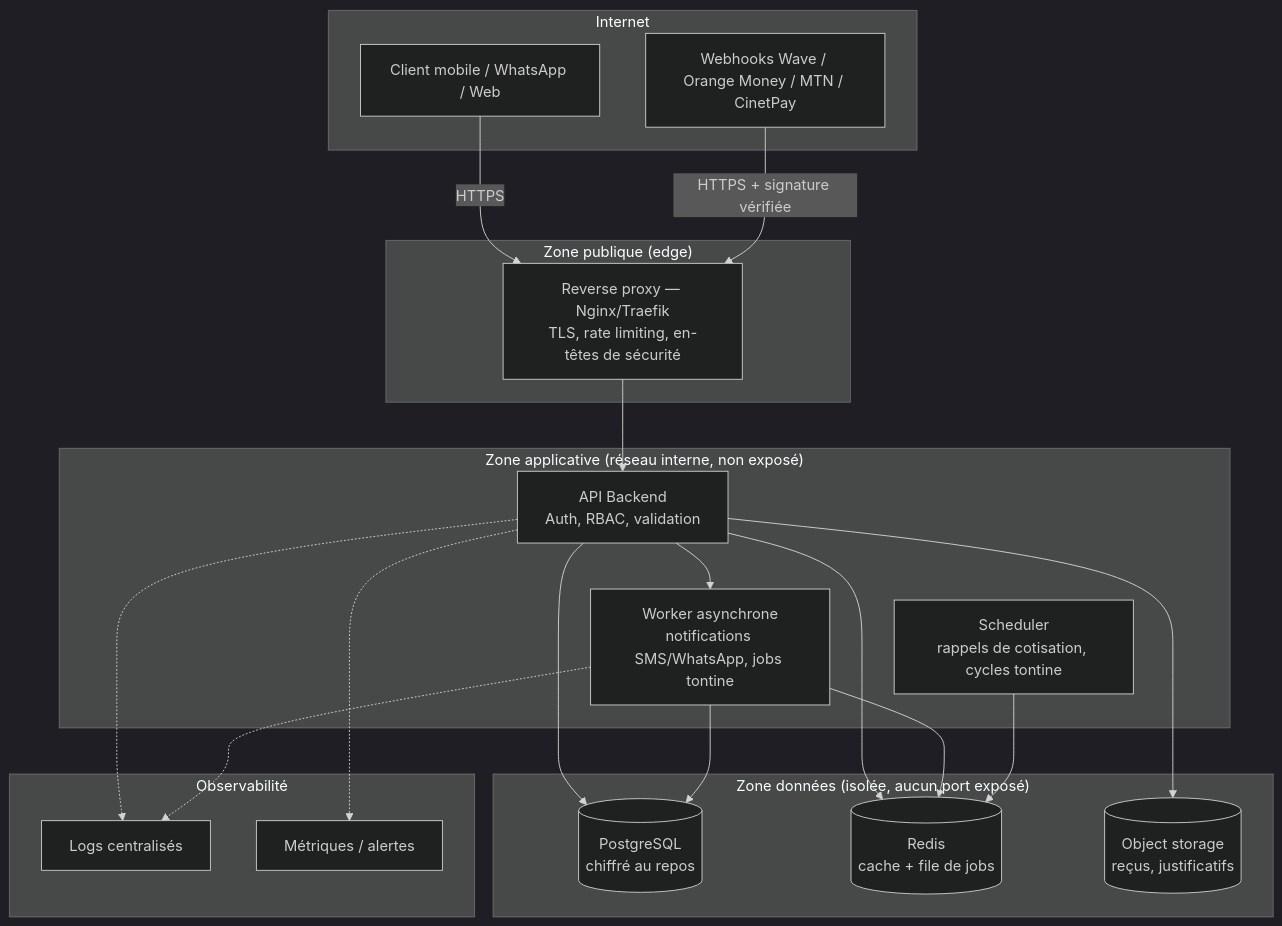
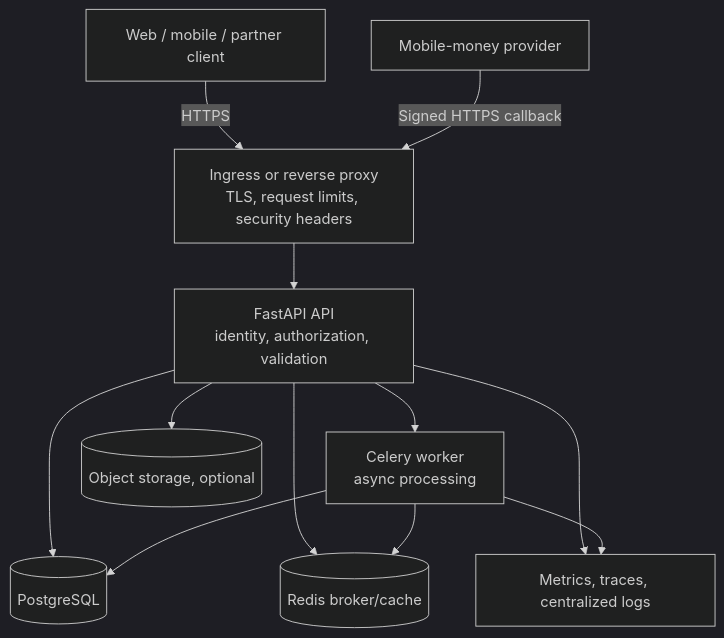
One commit to giss1408/djassa changed the diagram in Architecture/ARCHITECtURE.md. Above: the diagram before and after it, drawn with Mermaid (dark theme). The commit also changed other lines of this file and 50 other files, not shown here.

````diff
--- a/Architecture/ARCHITECtURE.md
+++ b/Architecture/ARCHITECtURE.md
@@ -9,42 +24,24 @@
 ```mermaid
 flowchart TB
-    subgraph Internet
-        Client[Client mobile / WhatsApp / Web]
-        MobileMoney[Webhooks Wave / Orange Money / MTN / CinetPay]
-    end
+    Client[Web / mobile / partner client]
+    Provider[Mobile-money provider]
+    Edge[Ingress or reverse proxy\nTLS, request limits, security headers]
+    API[FastAPI API\nidentity, authorization, validation]
+    Worker[Celery worker\nasync processing]
+    DB[(PostgreSQL)]
+    Redis[(Redis broker/cache)]
+    Storage[(Object storage, optional)]
+    Obs[Metrics, traces, centralized logs]
 
-    subgraph edge["Zone publique (edge)"]
-        Proxy[Reverse proxy — Nginx/Traefik<br/>TLS, rate limiting, en-têtes de sécurité]
-    end
-
-    subgraph app["Zone applicative (réseau interne, non exposé)"]
-        API[API Backend<br/>Auth, RBAC, validation]
-        Worker[Worker asynchrone<br/>notifications SMS/WhatsApp, jobs tontine]
-        Scheduler[Scheduler<br/>rappels de cotisation, cycles tontine]
-    end
-
-    subgraph data["Zone données (isolée, aucun port exposé)"]
-        DB[(PostgreSQL<br/>chiffré au repos)]
-        Cache[(Redis<br/>cache + file de jobs)]
-        Storage[(Object storage<br/>reçus, justificatifs)]
-    end
-
-    subgraph obs["Observabilité"]
-        Logs[Logs centralisés]
-        Metrics[Métriques / alertes]
-    end
-
-    Client -->|HTTPS| Proxy
-    MobileMoney -->|HTTPS + signature vérifiée| Proxy
-    Proxy --> API
+    Client -->|HTTPS| Edge
+    Provider -->|Signed HTTPS callback| Edge
+    Edge --> API
     API --> DB
-    API --> Cache
+    API --> Redis
     API --> Storage
     API --> Worker
-    Worker --> Cache
+    Worker --> Redis
     Worker --> DB
-    Scheduler --> Cache
-    API -.-> Logs
-    Worker -.-> Logs
-    API -.-> Metrics
+    API --> Obs
+    Worker --> Obs
 ```
````
